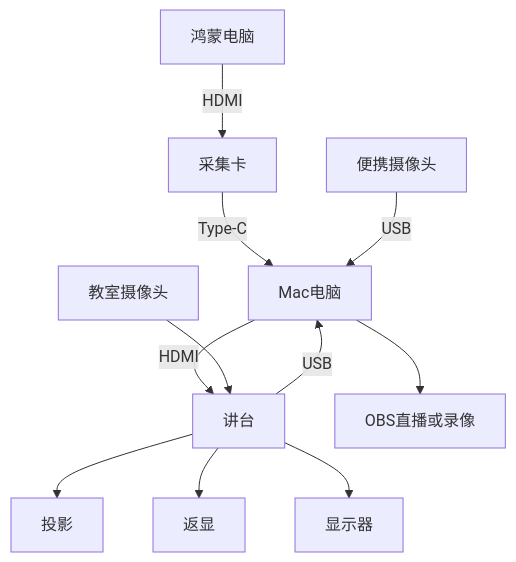
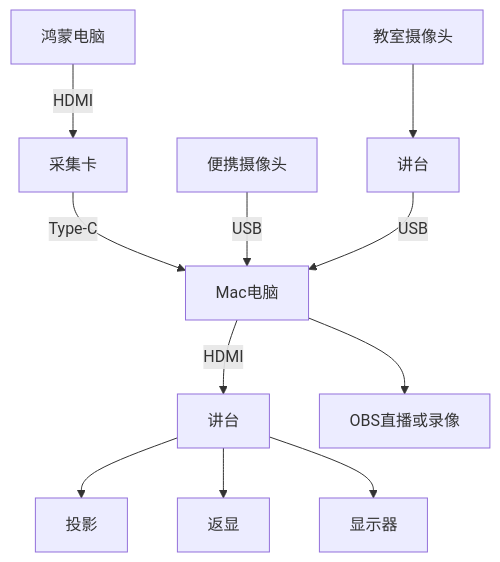
Before and after one commit to jiegec/blog-source: the third of 4 diagrams in docs/blog/posts/misc/classroom-routing.md, drawn with Mermaid. The commit also changed other lines of this file and 3 other files, not shown here.

````diff
--- a/docs/blog/posts/misc/classroom-routing.md
+++ b/docs/blog/posts/misc/classroom-routing.md
@@ -67,13 +68,13 @@
 ```mermaid
 flowchart TD
     鸿蒙电脑 -->|HDMI| 采集卡
     采集卡 -->|Type-C| Mac电脑
     便携摄像头 -->|USB| Mac电脑
     Mac电脑 -->|HDMI| 讲台
     Mac电脑 --> OBS直播或录像
-    教室摄像头 --> 讲台
+    教室摄像头 --> 讲台1[讲台]
     讲台 --> 投影
     讲台 --> 返显
     讲台 --> 显示器
-    讲台 -->|USB| Mac电脑
+    讲台1 -->|USB| Mac电脑
 ```
````
